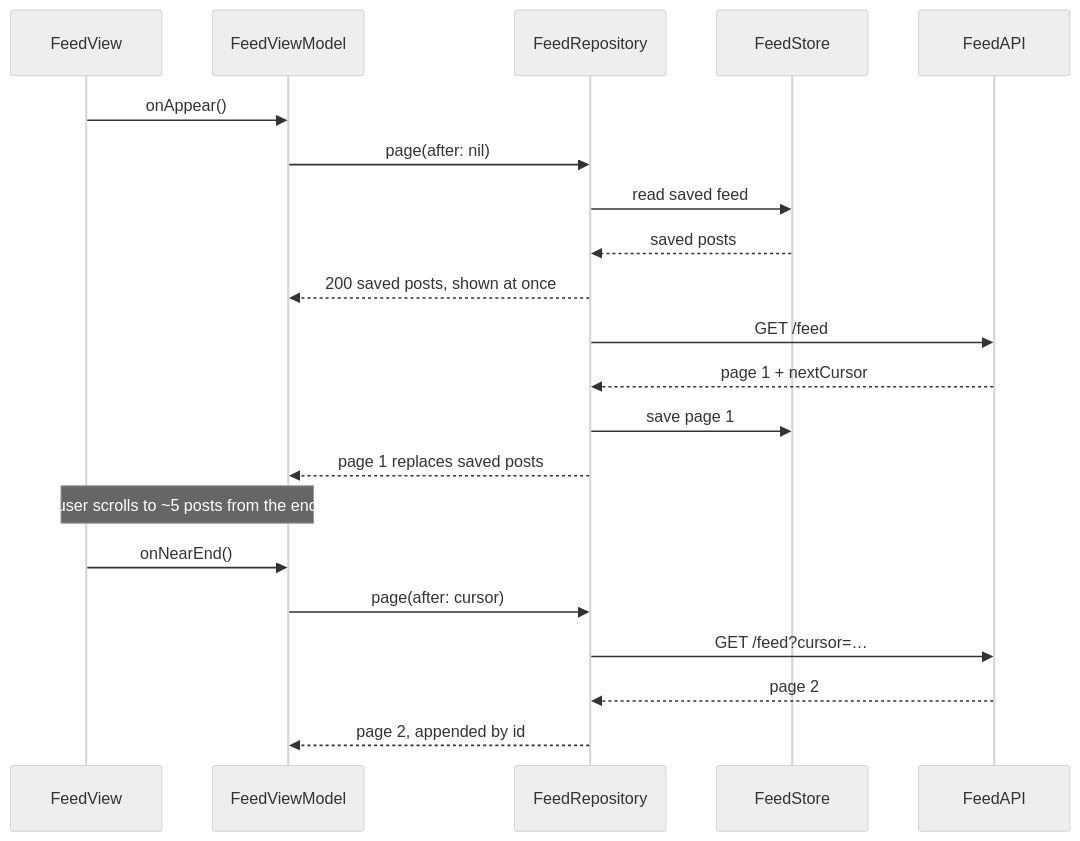
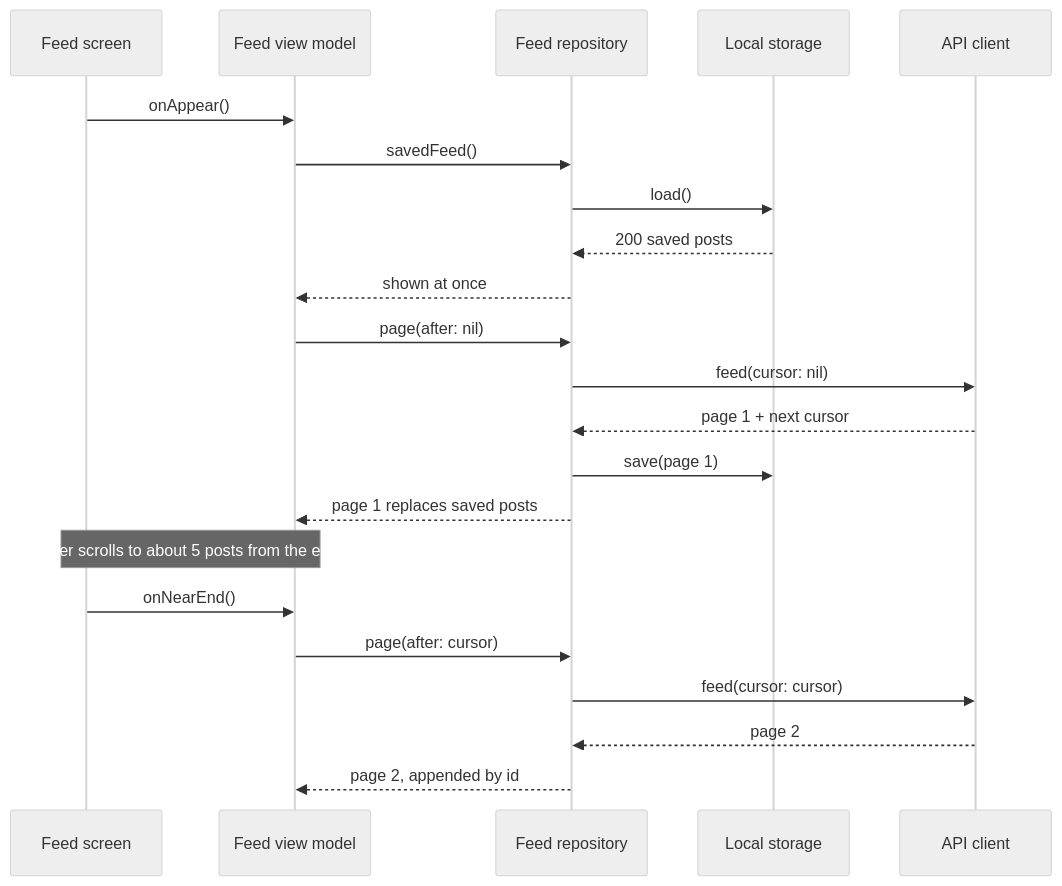
One commit to rezabina86/reference-desk changed the second of 3 diagrams in topics/system-design/02-infinite-photo-feed.md. Above: the diagram before and after it, drawn with Mermaid (neutral theme). The commit also changed other lines of this file and 4 other files, not shown here.

````diff
--- a/topics/system-design/02-infinite-photo-feed.md
+++ b/topics/system-design/02-infinite-photo-feed.md
@@ -221,23 +319,24 @@
 ```mermaid
 sequenceDiagram
-  participant V as FeedView
-  participant VM as FeedViewModel
-  participant R as FeedRepository
-  participant S as FeedStore
-  participant A as FeedAPI
+  participant V as Feed screen
+  participant VM as Feed view model
+  participant R as Feed repository
+  participant S as Local storage
+  participant A as API client
   V->>VM: onAppear()
+  VM->>R: savedFeed()
+  R->>S: load()
+  S-->>R: 200 saved posts
+  R-->>VM: shown at once
   VM->>R: page(after: nil)
-  R->>S: read saved feed
-  S-->>R: saved posts
-  R-->>VM: 200 saved posts, shown at once
-  R->>A: GET /feed
-  A-->>R: page 1 + nextCursor
-  R->>S: save page 1
+  R->>A: feed(cursor: nil)
+  A-->>R: page 1 + next cursor
+  R->>S: save(page 1)
   R-->>VM: page 1 replaces saved posts
-  Note over V,VM: user scrolls to ~5 posts from the end
+  Note over V,VM: user scrolls to about 5 posts from the end
   V->>VM: onNearEnd()
   VM->>R: page(after: cursor)
-  R->>A: GET /feed?cursor=…
+  R->>A: feed(cursor: cursor)
   A-->>R: page 2
   R-->>VM: page 2, appended by id
 ```
````
